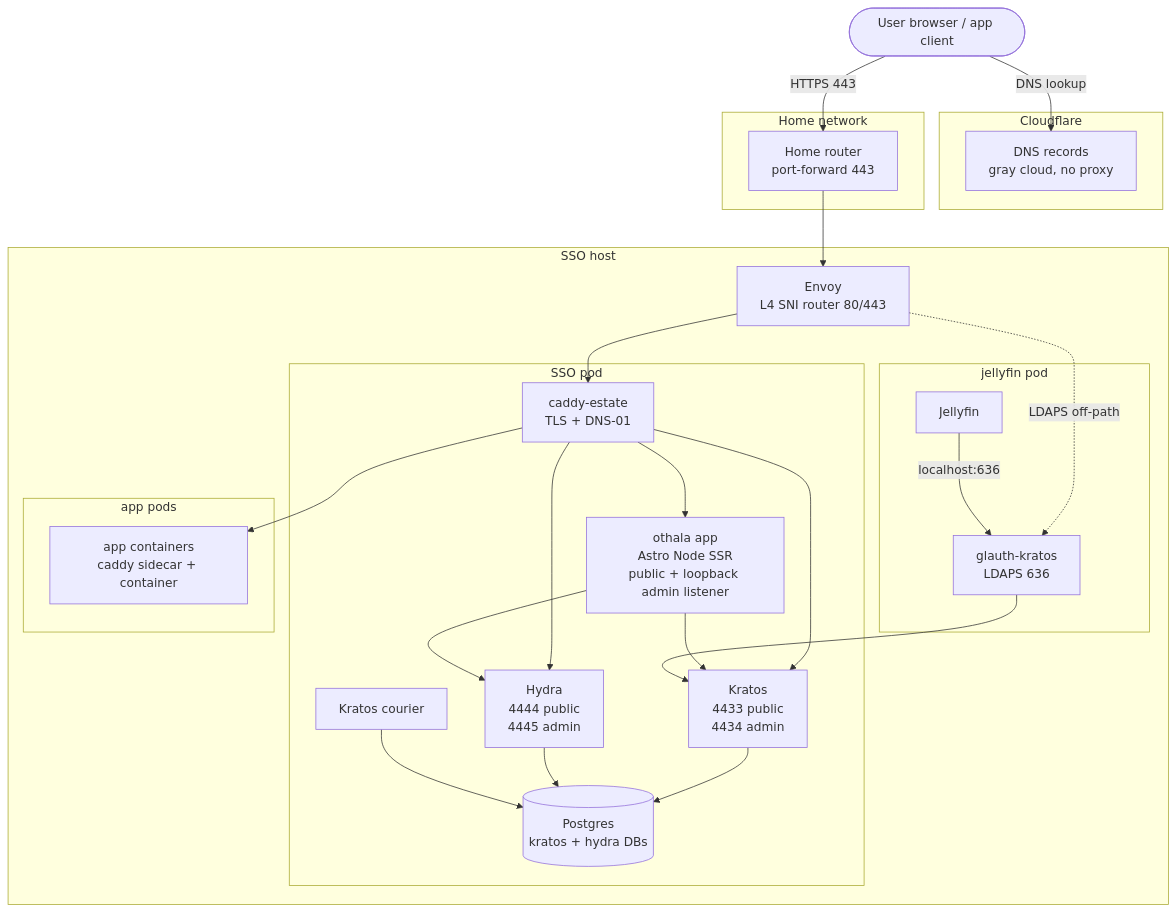
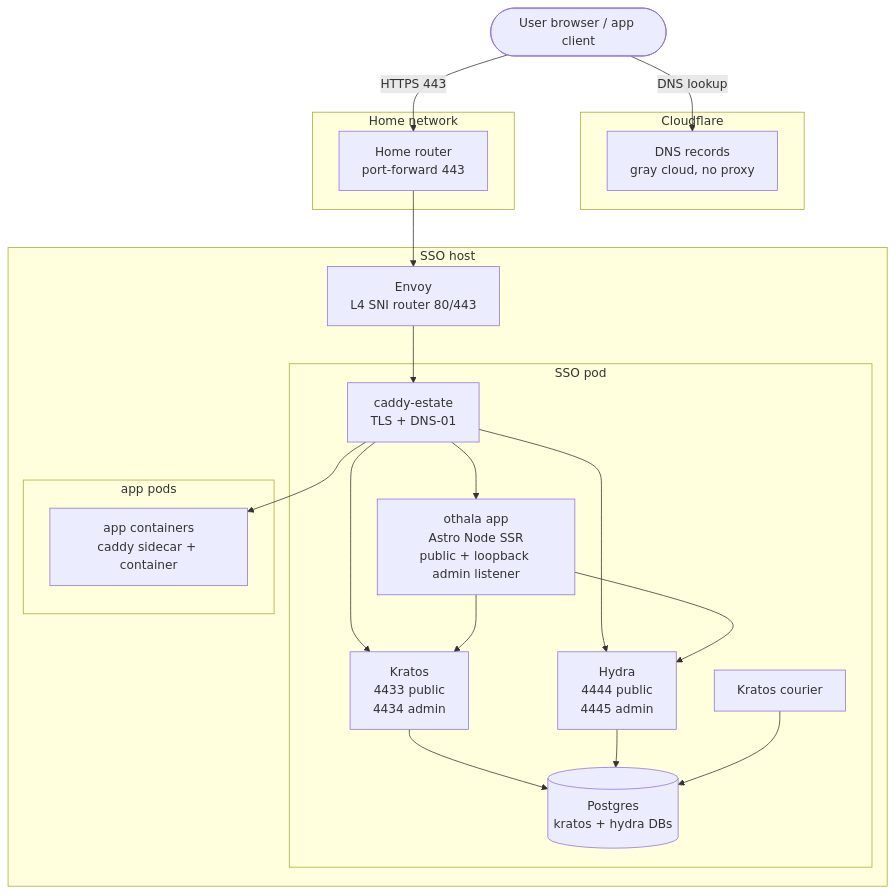
Before and after one commit to andrewdunndev/othala: the diagram in README.md, drawn with Mermaid. The commit also changed other lines of this file and 88 other files, not shown here.

````diff
--- a/README.md
+++ b/README.md
@@ -95,51 +104,43 @@
 ```mermaid
 flowchart TB
   user([User browser / app client])
 
   subgraph CF[Cloudflare]
     dns[DNS records<br/>gray cloud, no proxy]
   end
 
   subgraph Home[Home network]
     router[Home router<br/>port-forward 443]
   end
 
   subgraph Host[SSO host]
     envoy[Envoy<br/>L4 SNI router 80/443]
 
     subgraph SsoPod[SSO pod]
       caddy[caddy-estate<br/>TLS + DNS-01]
       kratos[Kratos<br/>4433 public<br/>4434 admin]
       hydra[Hydra<br/>4444 public<br/>4445 admin]
       othala[othala app<br/>Astro Node SSR<br/>public + loopback admin listener]
       courier[Kratos courier]
       pg[(Postgres<br/>kratos + hydra DBs)]
     end
 
-    subgraph JellyfinPod[jellyfin pod]
-      bridge[glauth-kratos<br/>LDAPS 636]
-      jellyfin[Jellyfin]
-    end
-
     subgraph AppPods[app pods]
       apps[app containers<br/>caddy sidecar + container]
     end
   end
 
   user -->|DNS lookup| dns
   user -->|HTTPS 443| router
   router --> envoy
   envoy --> caddy
-  envoy -.LDAPS off-path.-> bridge
   caddy --> kratos
   caddy --> hydra
   caddy --> othala
   caddy --> apps
   othala --> kratos
   othala --> hydra
   kratos --> pg
   hydra --> pg
   courier --> pg
-  bridge --> kratos
-  jellyfin -->|localhost:636| bridge
 ```
````
